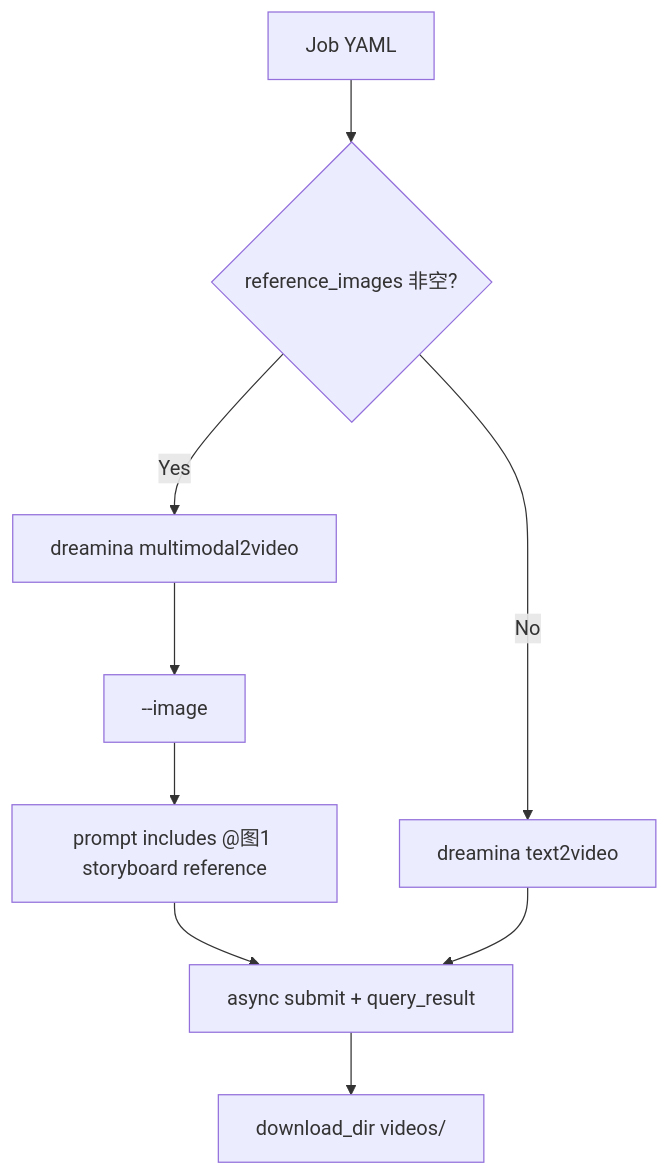
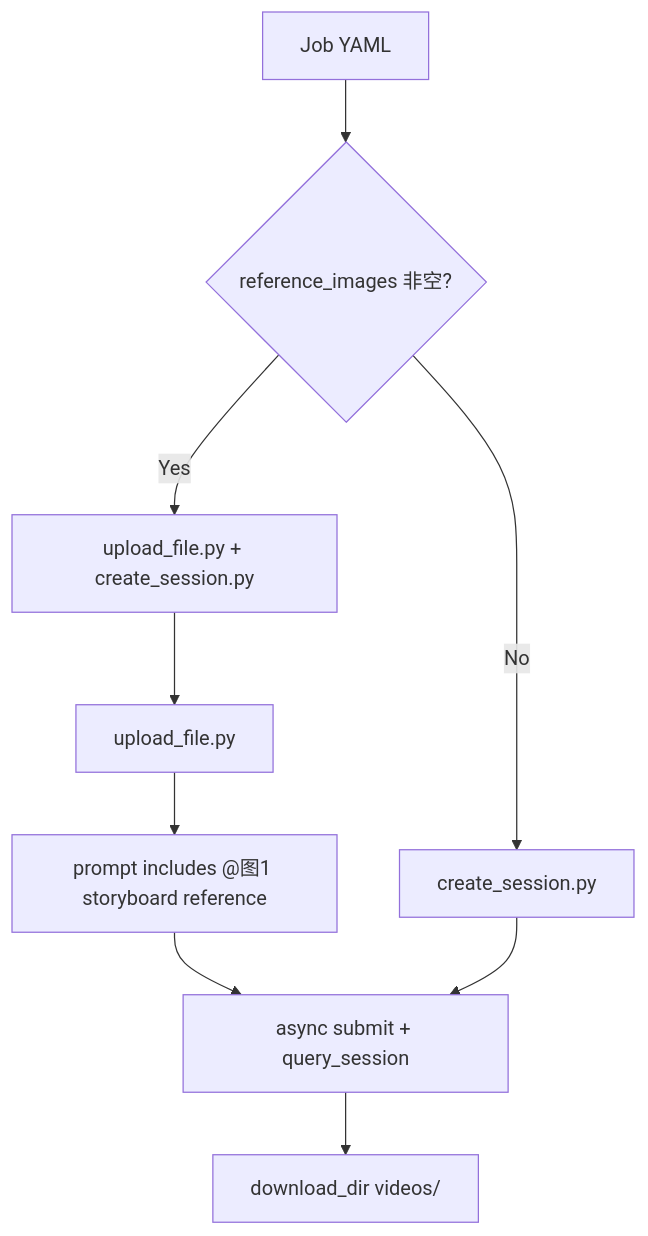
Before and after one commit to ZEN-VOID/AI-CUT: the second of 3 diagrams in .agents/skills/aigc/7-视频/B-分镜故事板参照/SKILL.md, drawn with Mermaid. The commit also changed other lines of this file and 173 other files, not shown here.

````diff
--- a/.agents/skills/aigc/7-视频/B-分镜故事板参照/SKILL.md
+++ b/.agents/skills/aigc/7-视频/B-分镜故事板参照/SKILL.md
@@ -111,11 +123,11 @@
 ```mermaid
 flowchart TD
     A["Job YAML"] --> B{"reference_images 非空?"}
-    B -->|"Yes"| C["dreamina multimodal2video"]
-    C --> D["--image <storyboard_path>"]
+    B -->|"Yes"| C["upload_file.py + create_session.py"]
+    C --> D["upload_file.py <storyboard_path>"]
     D --> E["prompt includes @图1 storyboard reference"]
-    B -->|"No"| F["dreamina text2video"]
-    E --> G["async submit + query_result"]
+    B -->|"No"| F["create_session.py"]
+    E --> G["async submit + query_session"]
     F --> G
     G --> H["download_dir videos/"]
 ```
````
